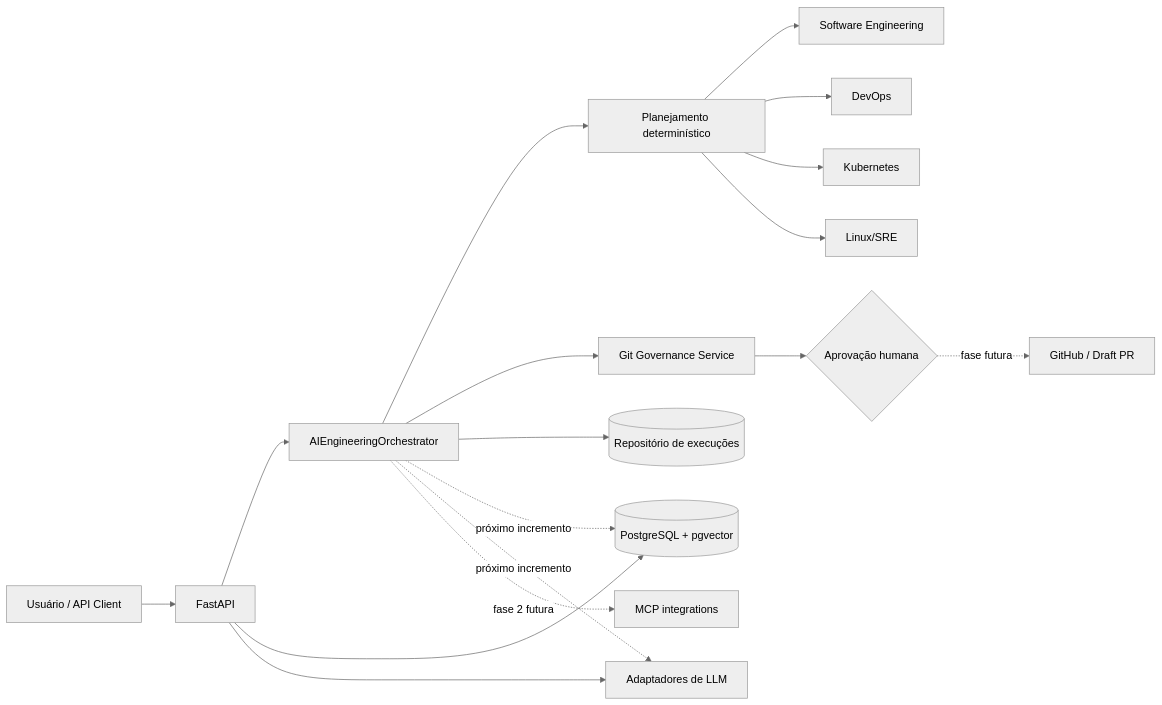
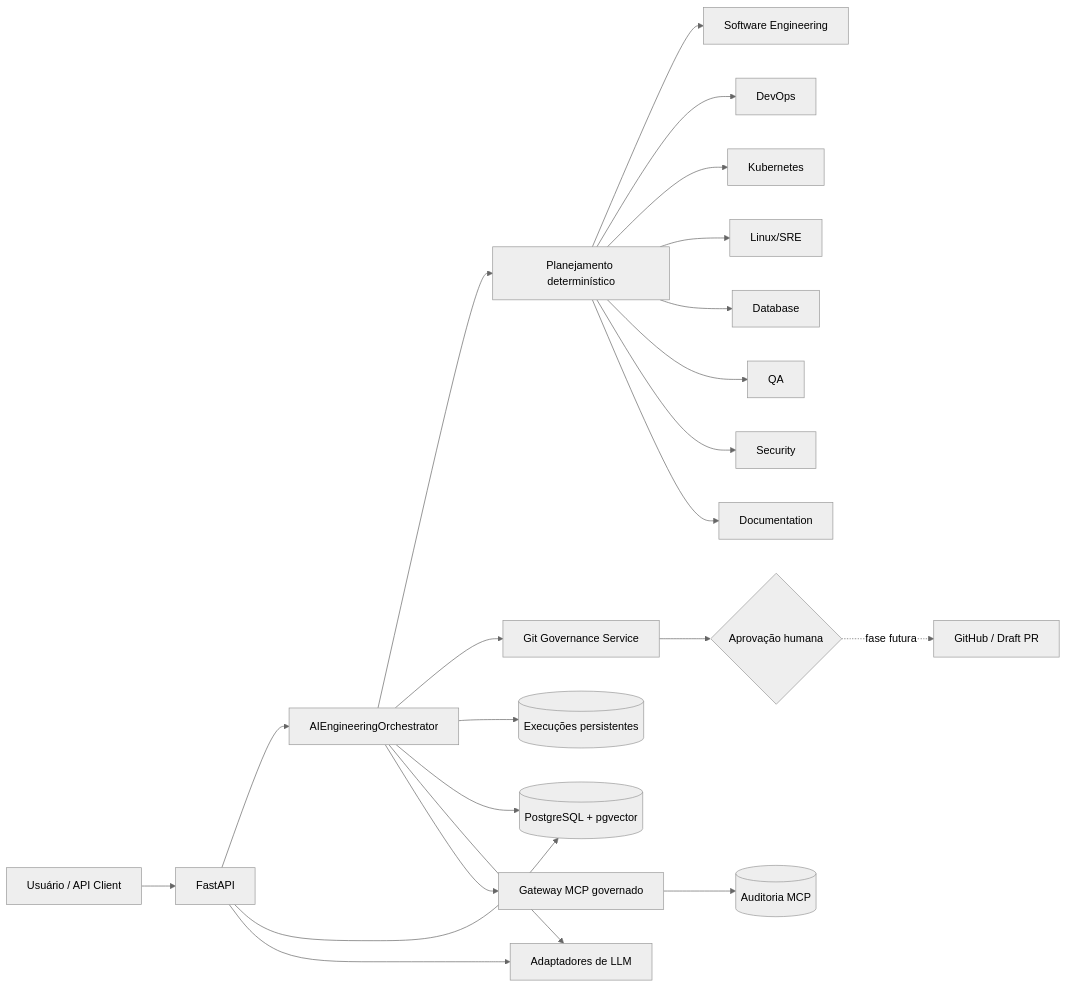
Before and after one commit to AriRoberto/ai-engineering-orchestrator: the diagram in README.md, drawn with Mermaid (neutral theme). The commit also changed other lines of this file and 40 other files, not shown here.

Commit message:
feat: adicionar persistência, MCP governado e agentes da fase 3

````diff
--- a/README.md
+++ b/README.md
@@ -42,19 +43,24 @@
 ```mermaid
 flowchart LR
     U[Usuário / API Client] --> API[FastAPI]
     API --> O[AIEngineeringOrchestrator]
     O --> P[Planejamento determinístico]
     P --> SE[Software Engineering]
     P --> DO[DevOps]
     P --> K8[Kubernetes]
     P --> SR[Linux/SRE]
+    P --> DB[Database]
+    P --> QA[QA]
+    P --> SC[Security]
+    P --> DC[Documentation]
     O --> G[Git Governance Service]
-    O --> ER[(Repositório de execuções)]
+    O --> ER[(Execuções persistentes)]
     G --> H{Aprovação humana}
     H -. fase futura .-> GH[GitHub / Draft PR]
     API --> KB[(PostgreSQL + pgvector)]
     API --> LLM[Adaptadores de LLM]
-    O -. próximo incremento .-> KB
-    O -. próximo incremento .-> LLM
-    O -. fase 2 futura .-> MCP[MCP integrations]
+    O --> KB
+    O --> LLM
+    O --> MCP[Gateway MCP governado]
+    MCP --> MA[(Auditoria MCP)]
 ```
````
